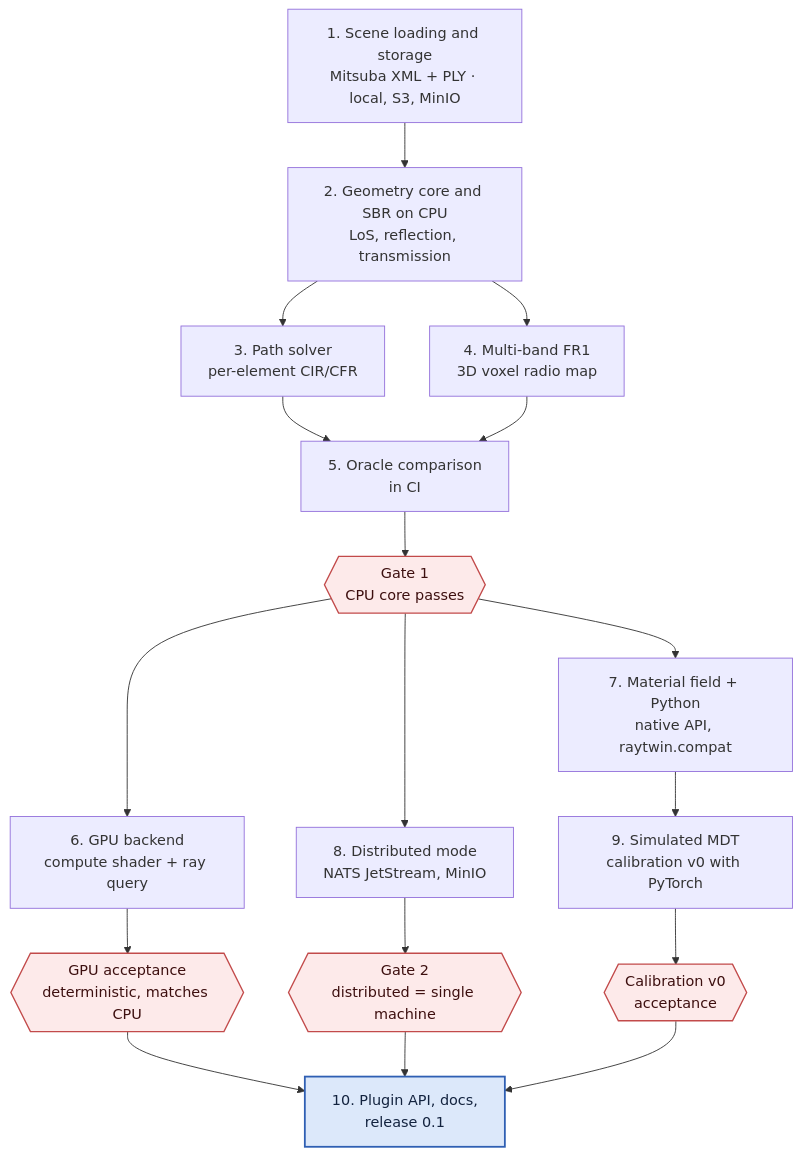
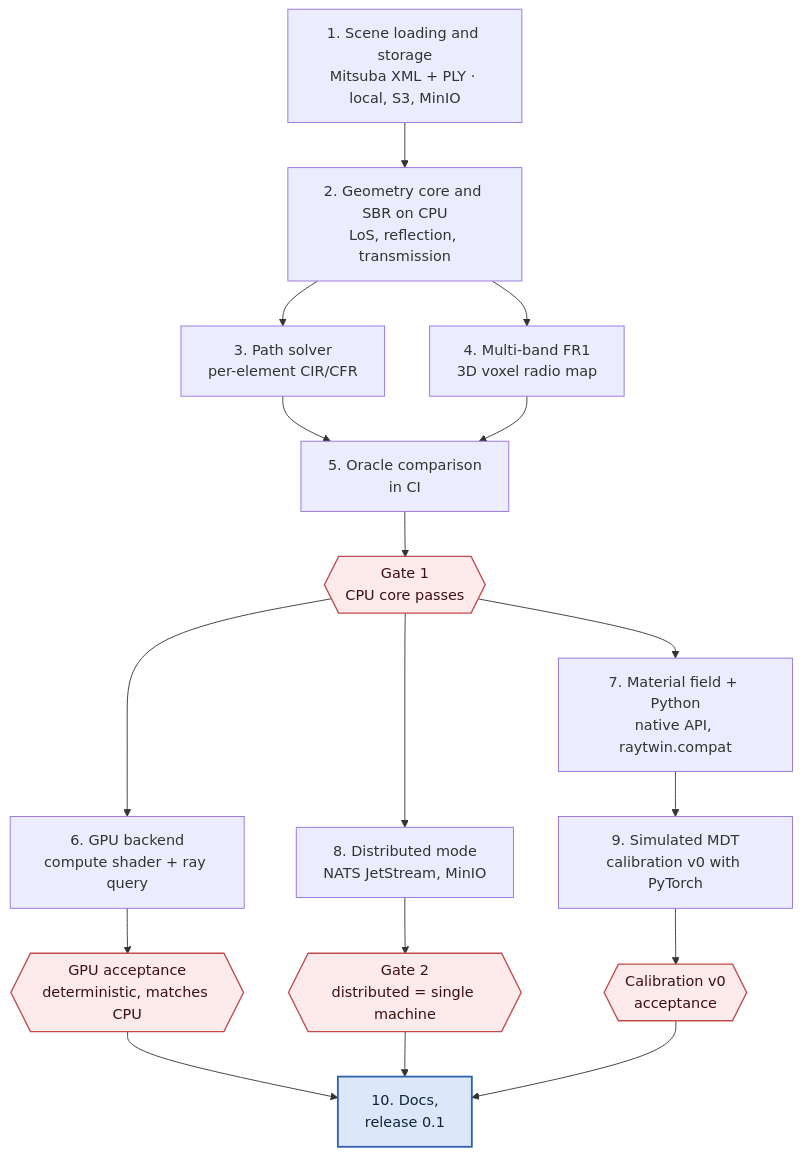
One commit to NguyenVu04/ray-twin changed the tenth of 10 diagrams in README.md. Above: the diagram before and after it, drawn with Mermaid. The commit also changed other lines of this file and 20 other files, not shown here.

Commit message:
update architecture

````diff
--- a/README.md
+++ b/README.md
@@ -809,35 +796,35 @@
 ```mermaid
 flowchart TD
     C1["1. Scene loading and storage<br/>Mitsuba XML + PLY · local, S3, MinIO"]
     C2["2. Geometry core and SBR on CPU<br/>LoS, reflection, transmission"]
     C3["3. Path solver<br/>per-element CIR/CFR"]
     C4["4. Multi-band FR1<br/>3D voxel radio map"]
     C5["5. Oracle comparison<br/>in CI"]
     G1{{"Gate 1<br/>CPU core passes"}}:::gate
     C6["6. GPU backend<br/>compute shader + ray query"]
     C7["7. Material field + Python<br/>native API, raytwin.compat"]
     C8["8. Distributed mode<br/>NATS JetStream, MinIO"]
     GG{{"GPU acceptance<br/>deterministic, matches CPU"}}:::gate
     G2{{"Gate 2<br/>distributed = single machine"}}:::gate
     C9["9. Simulated MDT<br/>calibration v0 with PyTorch"]
     G3{{"Calibration v0<br/>acceptance"}}:::gate
-    C10["10. Plugin API, docs,<br/>release 0.1"]:::hl
+    C10["10. Docs,<br/>release 0.1"]:::hl
     C1 --> C2
     C2 --> C3
     C2 --> C4
     C3 --> C5
     C4 --> C5
     C5 --> G1
     G1 --> C6
     G1 --> C7
     G1 --> C8
     C6 --> GG
     C8 --> G2
     C7 --> C9
     C9 --> G3
     GG --> C10
     G2 --> C10
     G3 --> C10
     classDef hl fill:#DCE8FA,stroke:#2F5FB3,color:#13233F,stroke-width:2px
     classDef gate fill:#FDEAEA,stroke:#C24A4A,color:#3D0F0F,stroke-width:1.5px
 ```
````
